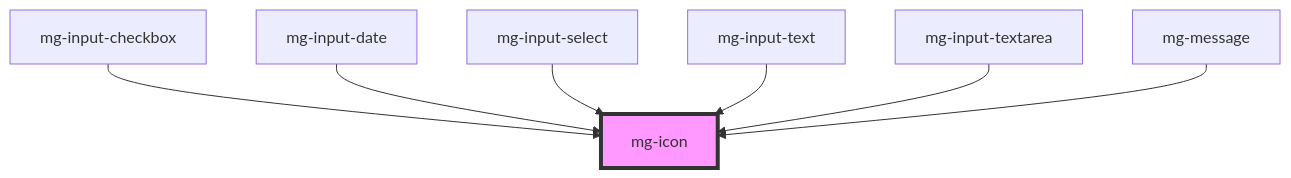
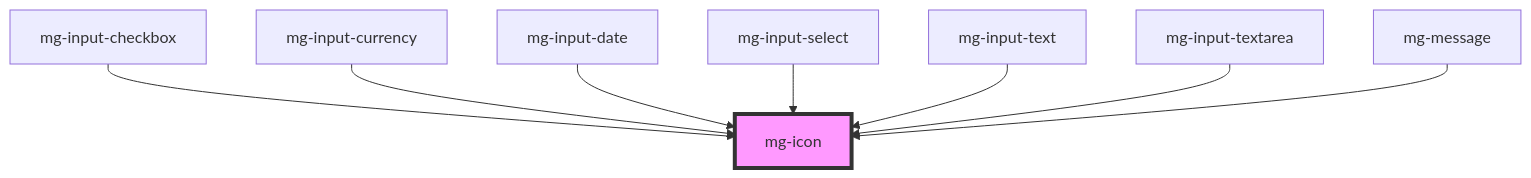
One commit to MGDIS/mg-components changed the diagram in src/components/atoms/mg-icon/readme.md. Above: the diagram before and after it, drawn with Mermaid. The commit also changed other lines of this file and 43 other files, not shown here.

First line of the commit message:
feat(mg-input-currency): add molecule

````diff
--- a/src/components/atoms/mg-icon/readme.md
+++ b/src/components/atoms/mg-icon/readme.md
@@ -28,10 +29,11 @@
 ```mermaid
 graph TD;
   mg-input-checkbox --> mg-icon
+  mg-input-currency --> mg-icon
   mg-input-date --> mg-icon
   mg-input-select --> mg-icon
   mg-input-text --> mg-icon
   mg-input-textarea --> mg-icon
   mg-message --> mg-icon
   style mg-icon fill:#f9f,stroke:#333,stroke-width:4px
 ```
````
